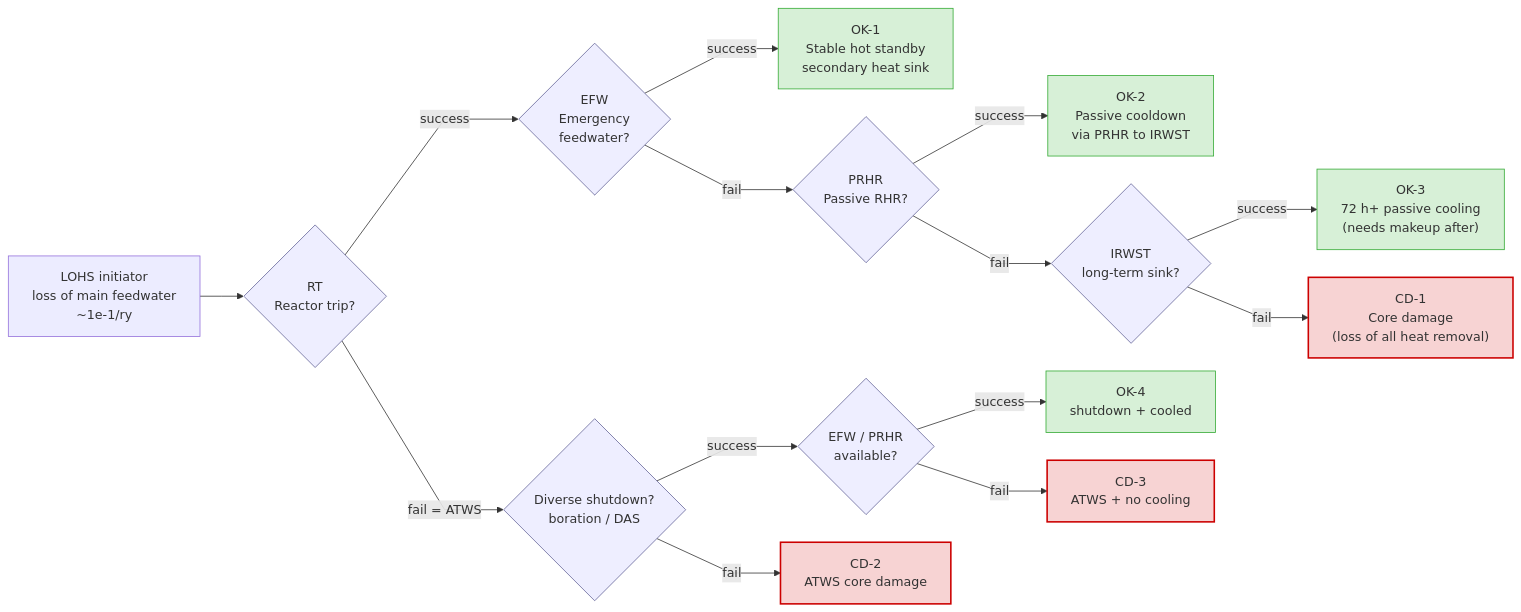
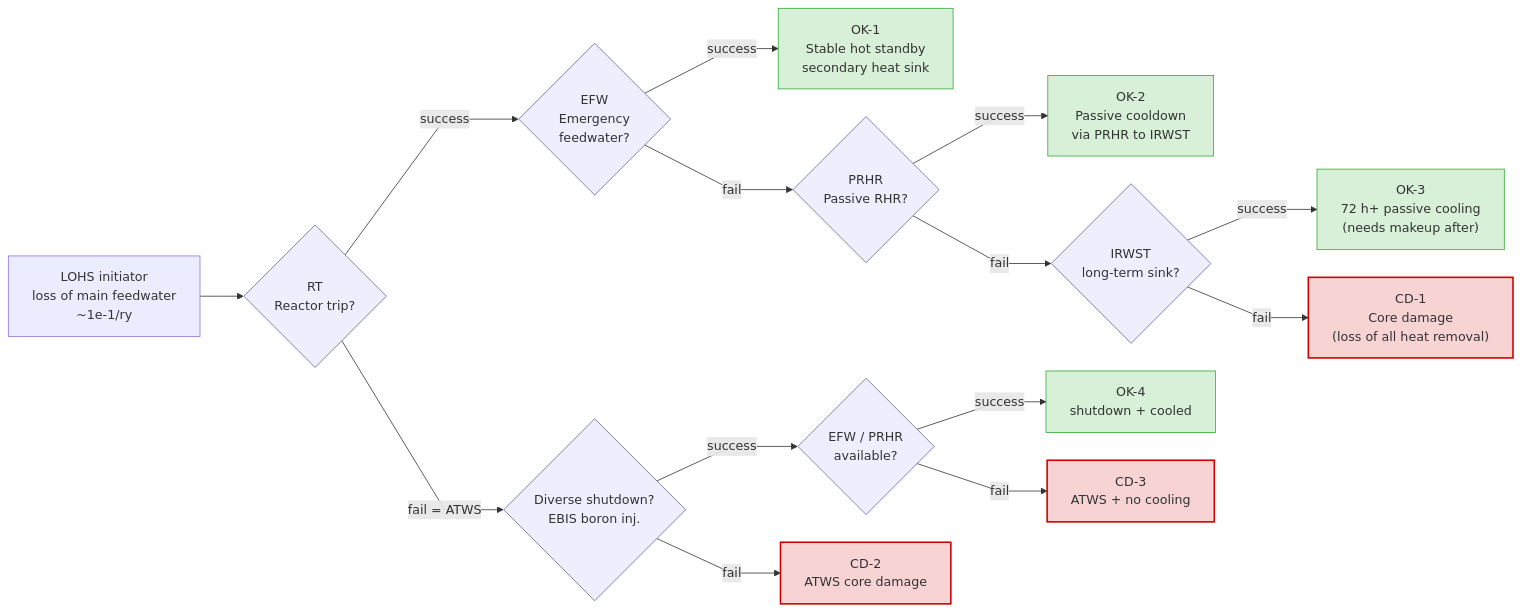
The diagram in safety/event_tree_LOHS.md (aegis-40/System-integration), drawn with Mermaid before and after one commit. The commit also changed other lines of this file and 17 other files, not shown here.

````diff
--- a/safety/event_tree_LOHS.md
+++ b/safety/event_tree_LOHS.md
@@ -42,29 +42,29 @@
 ```mermaid
 %%{init: {"flowchart": {"curve": "linear", "rankSpacing": 55, "nodeSpacing": 35}}}%%
 flowchart LR
   IE["LOHS initiator<br/>loss of main feedwater<br/>~1e-1/ry"] --> RT{"RT<br/>Reactor trip?"}
 
   RT -->|success| EFW{"EFW<br/>Emergency<br/>feedwater?"}
-  RT -->|fail = ATWS| BOR{"Diverse shutdown?<br/>boration / DAS"}
+  RT -->|fail = ATWS| EBIS{"Diverse shutdown?<br/>EBIS boron inj."}
 
   EFW -->|success| OK1["OK-1<br/>Stable hot standby<br/>secondary heat sink"]
   EFW -->|fail| PRHR{"PRHR<br/>Passive RHR?"}
 
   PRHR -->|success| OK2["OK-2<br/>Passive cooldown<br/>via PRHR to IRWST"]
   PRHR -->|fail| IRWST{"IRWST<br/>long-term sink?"}
 
   IRWST -->|success| OK3["OK-3<br/>72 h+ passive cooling<br/>(needs makeup after)"]
   IRWST -->|fail| CD1["CD-1<br/>Core damage<br/>(loss of all heat removal)"]
 
-  BOR -->|success| EFW2{"EFW / PRHR<br/>available?"}
-  BOR -->|fail| CD2["CD-2<br/>ATWS core damage"]
+  EBIS -->|success| EFW2{"EFW / PRHR<br/>available?"}
+  EBIS -->|fail| CD2["CD-2<br/>ATWS core damage"]
   EFW2 -->|success| OK4["OK-4<br/>shutdown + cooled"]
   EFW2 -->|fail| CD3["CD-3<br/>ATWS + no cooling"]
 
   classDef ok fill:#d7f0d7,stroke:#3a3;
   classDef cd fill:#f7d3d3,stroke:#c00,stroke-width:2px;
   classDef top fill:#eef,stroke:#669;
   class OK1,OK2,OK3,OK4 ok;
   class CD1,CD2,CD3 cd;
-  class RT,EFW,PRHR,IRWST,BOR,EFW2 top;
+  class RT,EFW,PRHR,IRWST,EBIS,EFW2 top;
 ```
````
